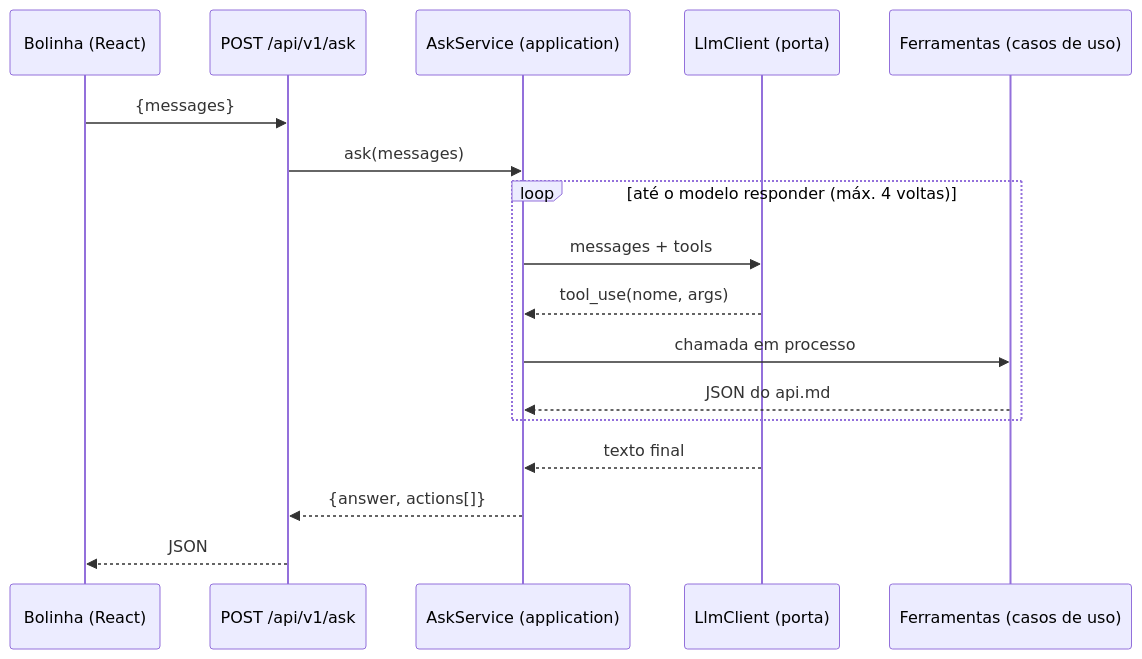
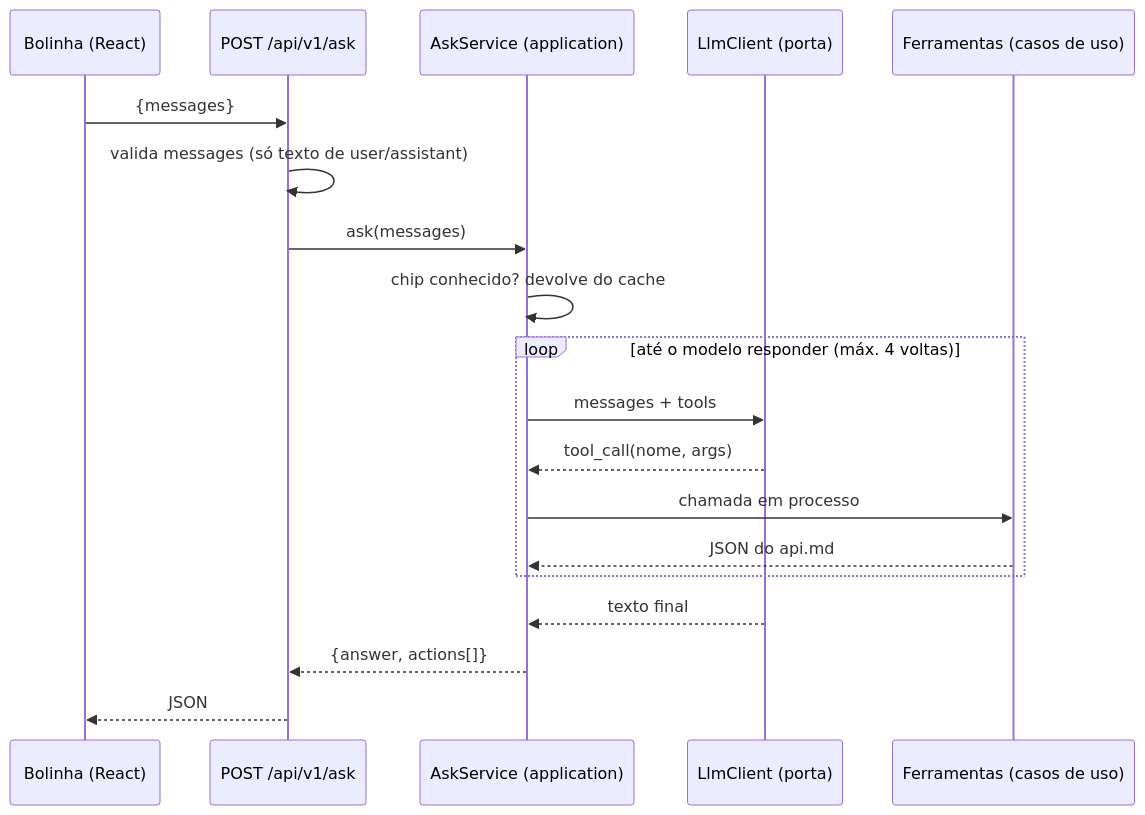
The diagram in docs/rfcs/0004-assistente-virtual.md (27threads/firesync), drawn with Mermaid before and after one commit. The commit also changed other lines of this file and 3 other files, not shown here.

````diff
--- a/docs/rfcs/0004-assistente-virtual.md
+++ b/docs/rfcs/0004-assistente-virtual.md
@@ -46,19 +47,21 @@
 ```mermaid
 sequenceDiagram
     participant U as Bolinha (React)
     participant H as POST /api/v1/ask
     participant S as AskService (application)
     participant L as LlmClient (porta)
     participant T as Ferramentas (casos de uso)
     U->>H: {messages}
+    H->>H: valida messages (só texto de user/assistant)
     H->>S: ask(messages)
+    S->>S: chip conhecido? devolve do cache
     loop até o modelo responder (máx. 4 voltas)
         S->>L: messages + tools
-        L-->>S: tool_use(nome, args)
+        L-->>S: tool_call(nome, args)
         S->>T: chamada em processo
         T-->>S: JSON do api.md
     end
     L-->>S: texto final
     S-->>H: {answer, actions[]}
     H-->>U: JSON
 ```
````
